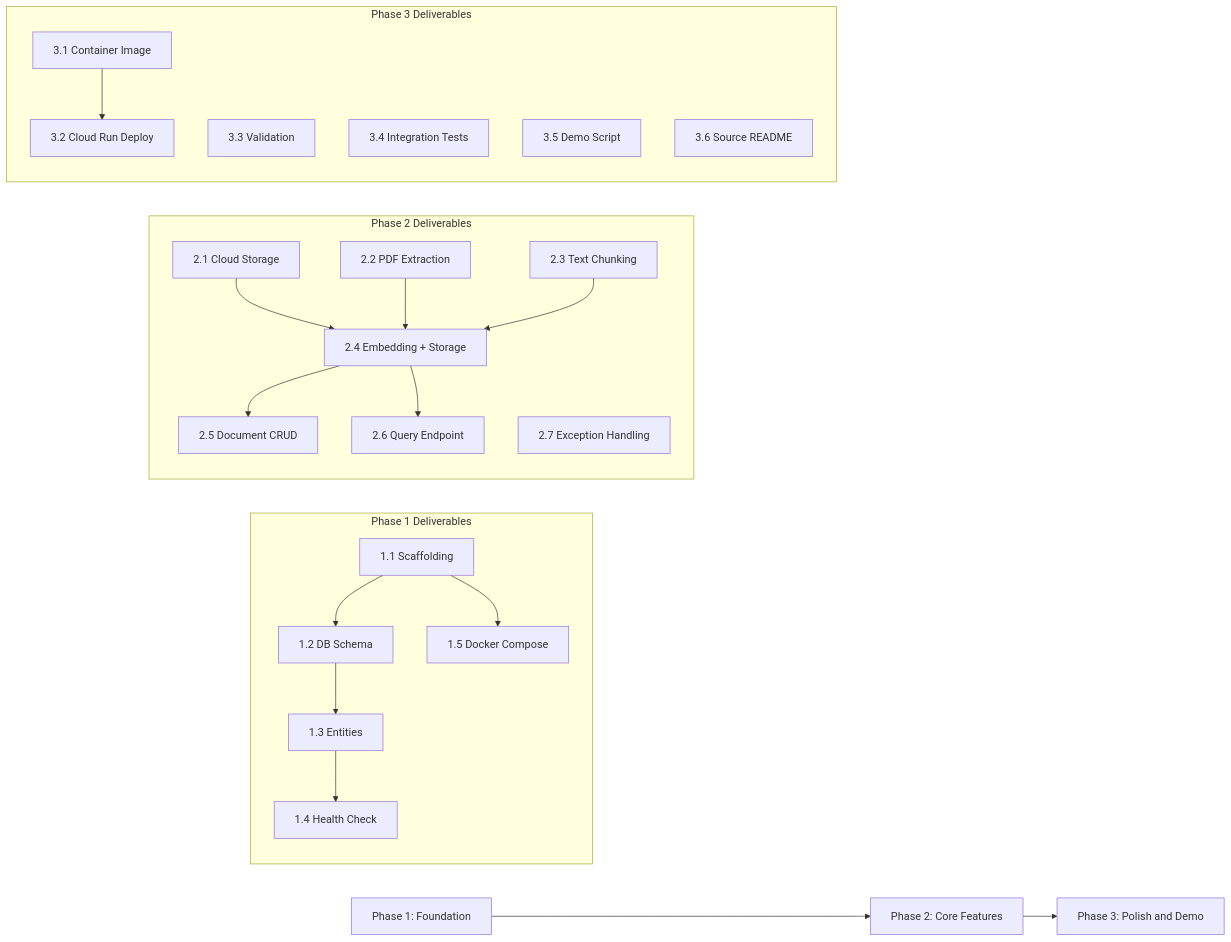
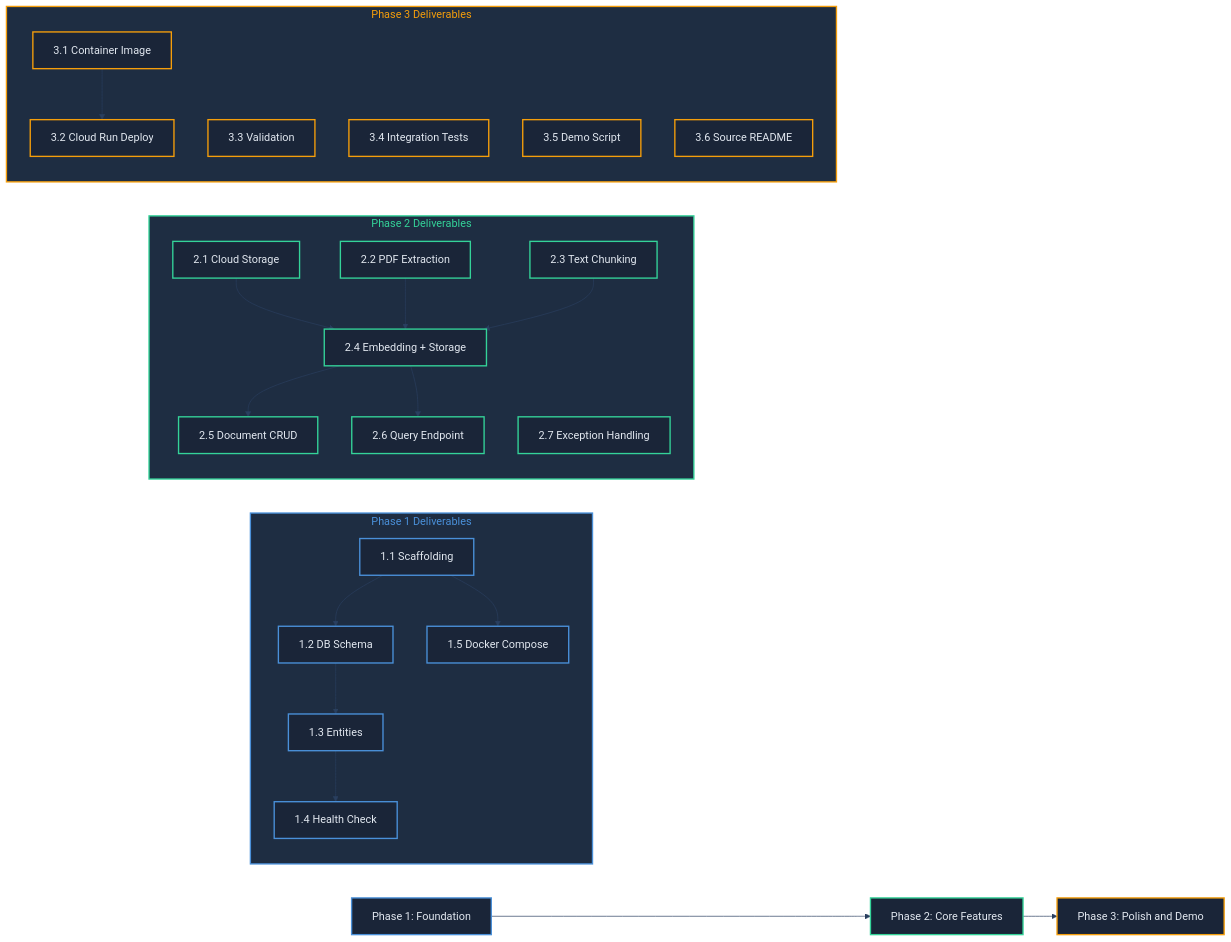
One commit to jking-ai/classroom-clarity-rag changed the diagram in docs/milestones.md. Above: the diagram before and after it, drawn with Mermaid. The commit also changed 2 other files, not shown here.

Commit message:
Colors on mermaid diagrams

````diff
--- a/docs/milestones.md
+++ b/docs/milestones.md
@@ -275,52 +275,77 @@
 ```mermaid
+%%{init: {'theme': 'base', 'themeVariables': {
+  'darkMode': true,
+  'background': '#0f1724',
+  'primaryColor': '#1a2538',
+  'primaryTextColor': '#e2e8f0',
+  'primaryBorderColor': '#2a3f5f',
+  'lineColor': '#4a90d9',
+  'secondaryColor': '#1e2d42',
+  'tertiaryColor': '#1e2d42',
+  'edgeLabelBackground': '#1a2538',
+  'clusterBkg': '#1e2d42',
+  'clusterBorder': '#2a3f5f',
+  'nodeTextColor': '#e2e8f0',
+  'titleColor': '#94a3b8'
+}}}%%
 flowchart LR
-    P1["Phase 1: Foundation"]
-    P2["Phase 2: Core Features"]
-    P3["Phase 3: Polish and Demo"]
+    P1["Phase 1: Foundation"]:::blue
+    P2["Phase 2: Core Features"]:::green
+    P3["Phase 3: Polish and Demo"]:::amber
 
     P1 --> P2 --> P3
 
     subgraph Phase1["Phase 1 Deliverables"]
         direction TB
-        S1[1.1 Scaffolding]
-        S2[1.2 DB Schema]
-        S3[1.3 Entities]
-        S4[1.4 Health Check]
-        S5[1.5 Docker Compose]
+        S1[1.1 Scaffolding]:::blue
+        S2[1.2 DB Schema]:::blue
+        S3[1.3 Entities]:::blue
+        S4[1.4 Health Check]:::blue
+        S5[1.5 Docker Compose]:::blue
         S1 --> S2 --> S3
         S1 --> S5
         S3 --> S4
     end
 
     subgraph Phase2["Phase 2 Deliverables"]
         direction TB
-        C1[2.1 Cloud Storage]
-        C2[2.2 PDF Extraction]
-        C3[2.3 Text Chunking]
-        C4[2.4 Embedding + Storage]
-        C5[2.5 Document CRUD]
-        C6[2.6 Query Endpoint]
-        C7[2.7 Exception Handling]
+        C1[2.1 Cloud Storage]:::green
+        C2[2.2 PDF Extraction]:::green
+        C3[2.3 Text Chunking]:::green
+        C4[2.4 Embedding + Storage]:::green
+        C5[2.5 Document CRUD]:::green
+        C6[2.6 Query Endpoint]:::green
+        C7[2.7 Exception Handling]:::green
         C1 --> C4
         C2 --> C4
         C3 --> C4
         C4 --> C5
         C4 --> C6
         C7
     end
 
     subgraph Phase3["Phase 3 Deliverables"]
         direction TB
-        D1[3.1 Container Image]
-        D2[3.2 Cloud Run Deploy]
-        D3[3.3 Validation]
-        D4[3.4 Integration Tests]
-        D5[3.5 Demo Script]
-        D6[3.6 Source README]
+        D1[3.1 Container Image]:::amber
+        D2[3.2 Cloud Run Deploy]:::amber
+        D3[3.3 Validation]:::amber
+        D4[3.4 Integration Tests]:::amber
+        D5[3.5 Demo Script]:::amber
+        D6[3.6 Source README]:::amber
         D1 --> D2
         D3
         D4
         D5
         D6
     end
+
+    style Phase1 fill:#1e2d42, stroke:#4a90d9, stroke-width:2px, color:#4a90d9
+    style Phase2 fill:#1e2d42, stroke:#34d399, stroke-width:2px, color:#34d399
+    style Phase3 fill:#1e2d42, stroke:#f59e0b, stroke-width:2px, color:#f59e0b
+
+    classDef blue   fill:#1a2538, stroke:#4a90d9, stroke-width:2px, color:#e2e8f0;
+    classDef green  fill:#1a2538, stroke:#34d399, stroke-width:2px, color:#e2e8f0;
+    classDef amber  fill:#1a2538, stroke:#f59e0b, stroke-width:2px, color:#e2e8f0;
+
+    linkStyle default stroke:#2a3f5f, stroke-width:1px
 ```
````
